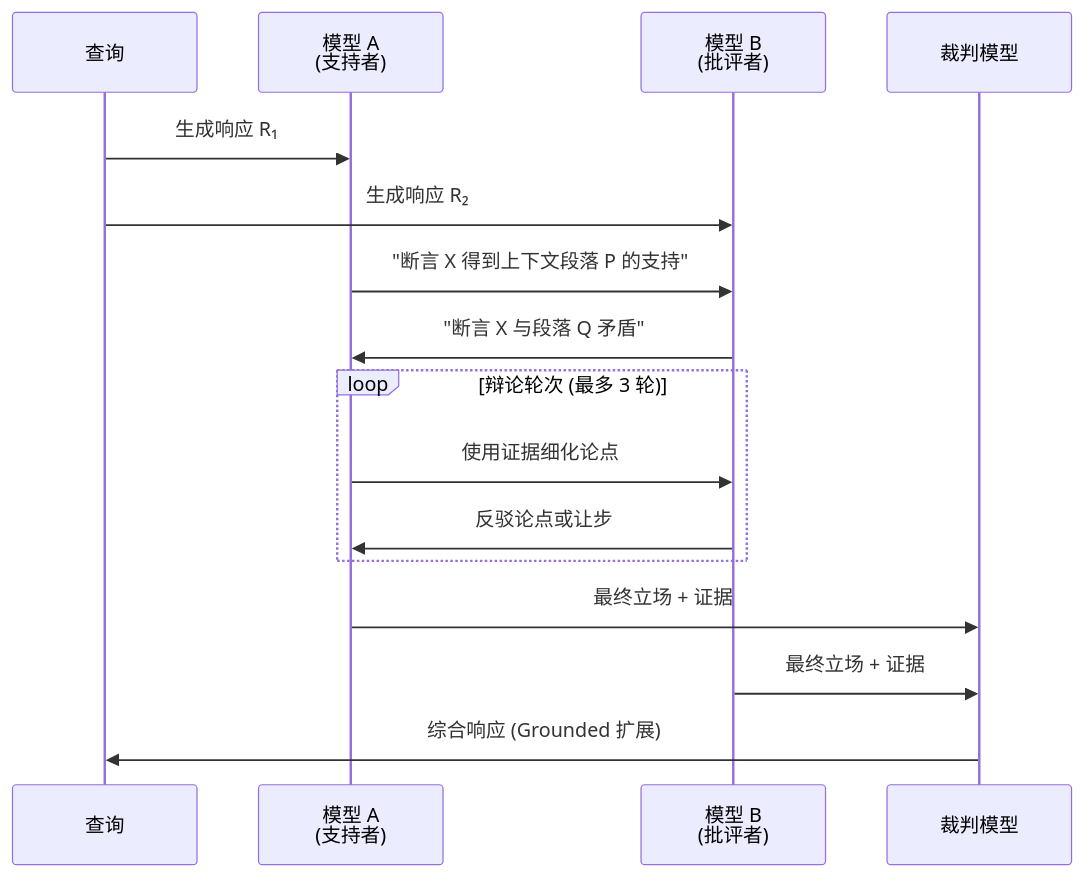
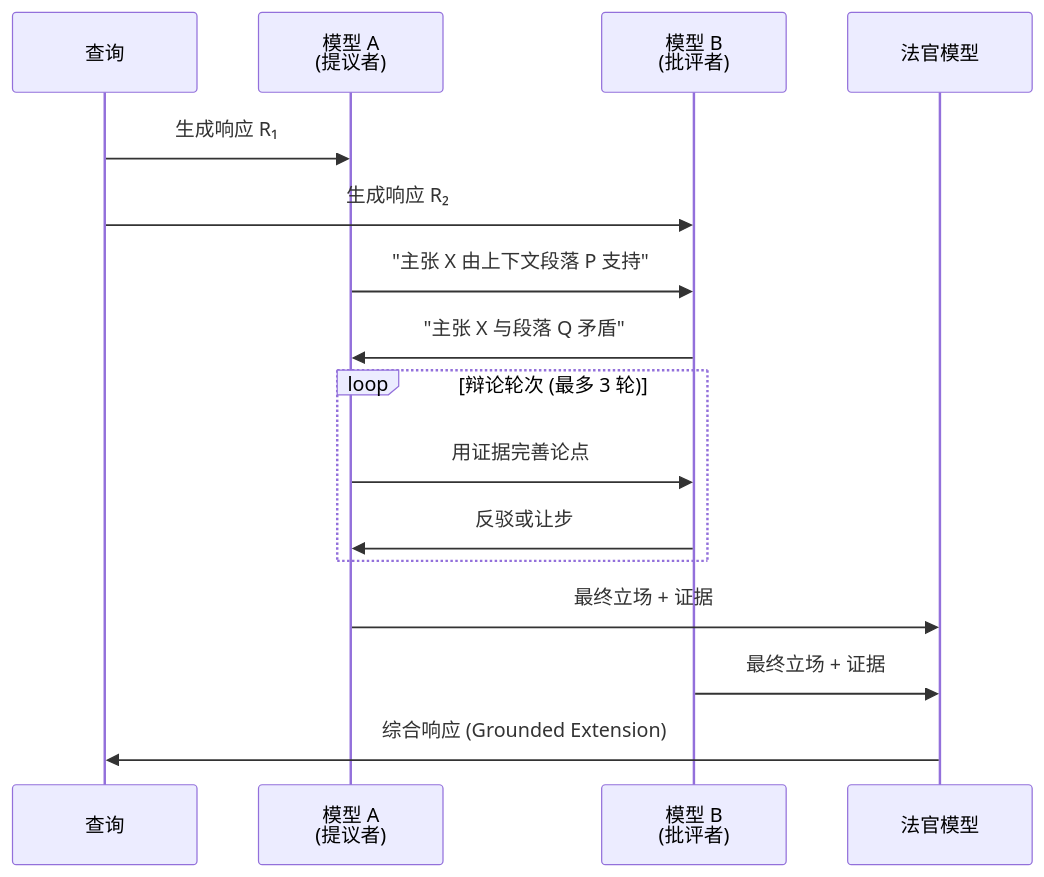
The fifth of 7 diagrams in website/i18n/zh-Hans/docusaurus-plugin-content-docs/current/proposals/hallucination-mitigation-milestone.md (vllm-project/semantic-router), drawn with Mermaid before and after one commit. The commit also changed other lines of this file and 1 other file, not shown here.

````diff
--- a/website/i18n/zh-Hans/docusaurus-plugin-content-docs/current/proposals/hallucination-mitigation-milestone.md
+++ b/website/i18n/zh-Hans/docusaurus-plugin-content-docs/current/proposals/hallucination-mitigation-milestone.md
@@ -497,22 +498,22 @@
 ```mermaid
 sequenceDiagram
     participant Q as 查询
-    participant M1 as 模型 A<br/>(支持者)
+    participant M1 as 模型 A<br/>(提议者)
     participant M2 as 模型 B<br/>(批评者)
-    participant J as 裁判模型
+    participant J as 法官模型
 
     Q->>M1: 生成响应 R₁
     Q->>M2: 生成响应 R₂
 
-    M1->>M2: "断言 X 得到上下文段落 P 的支持"
-    M2->>M1: "断言 X 与段落 Q 矛盾"
+    M1->>M2: "主张 X 由上下文段落 P 支持"
+    M2->>M1: "主张 X 与段落 Q 矛盾"
 
     loop 辩论轮次 (最多 3 轮)
-        M1->>M2: 使用证据细化论点
-        M2->>M1: 反驳论点或让步
+        M1->>M2: 用证据完善论点
+        M2->>M1: 反驳或让步
     end
 
     M1->>J: 最终立场 + 证据
     M2->>J: 最终立场 + 证据
-    J->>Q: 综合响应 (Grounded 扩展)
+    J->>Q: 综合响应 (Grounded Extension)
 ```
````
